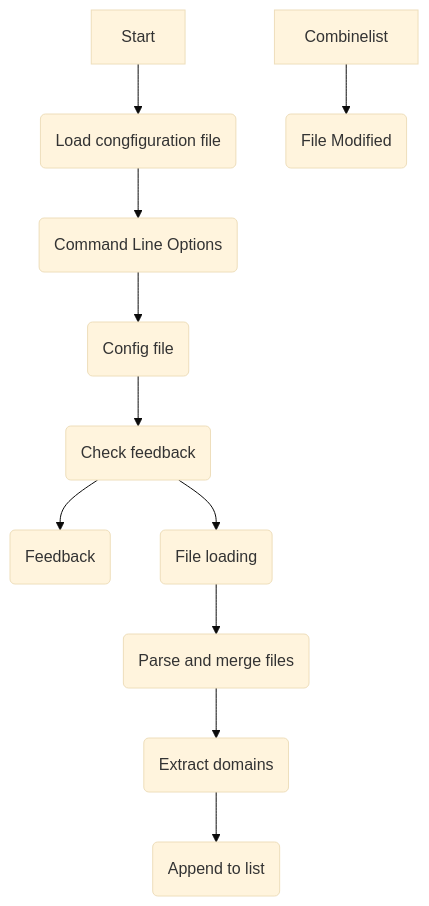
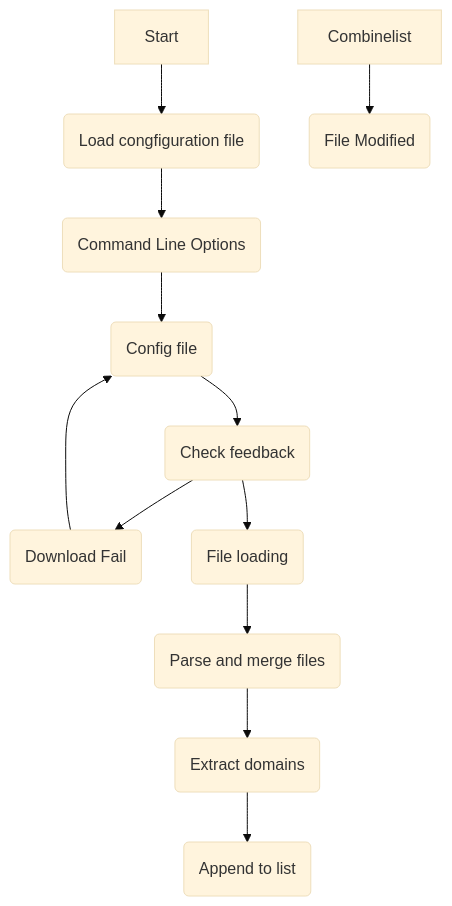
One commit to jarnaks/ICTPRG434AT2-Debugging changed the diagram in URLBlocker.md. Above: the diagram before and after it, drawn with Mermaid (base theme).

````diff
--- a/URLBlocker.md
+++ b/URLBlocker.md
@@ -1,13 +1,14 @@
 ```mermaid
 flowchart TD
     Start --> Initialize("Load congfiguration file")
     Initialize --> Parse-command-line-options("Command Line Options")
     Parse-command-line-options --> GetConfigFile("Config file")
     GetConfigFile --> Download-blocklist("Check feedback")
-    Download-blocklist --> Download-fail("Feedback")
+    Download-blocklist --> Download-fail("Download Fail")
     Download-blocklist --> Correct-file("File loading")
+    Download-fail --> GetConfigFile
     Correct-file --> Parse-merge("Parse and merge files")
     Parse-merge --> Regex("Extract domains")
     Regex --> CombineList("Append to list")
     Combinelist --> ModifiedHostFile("File Modified")
 ```
````
